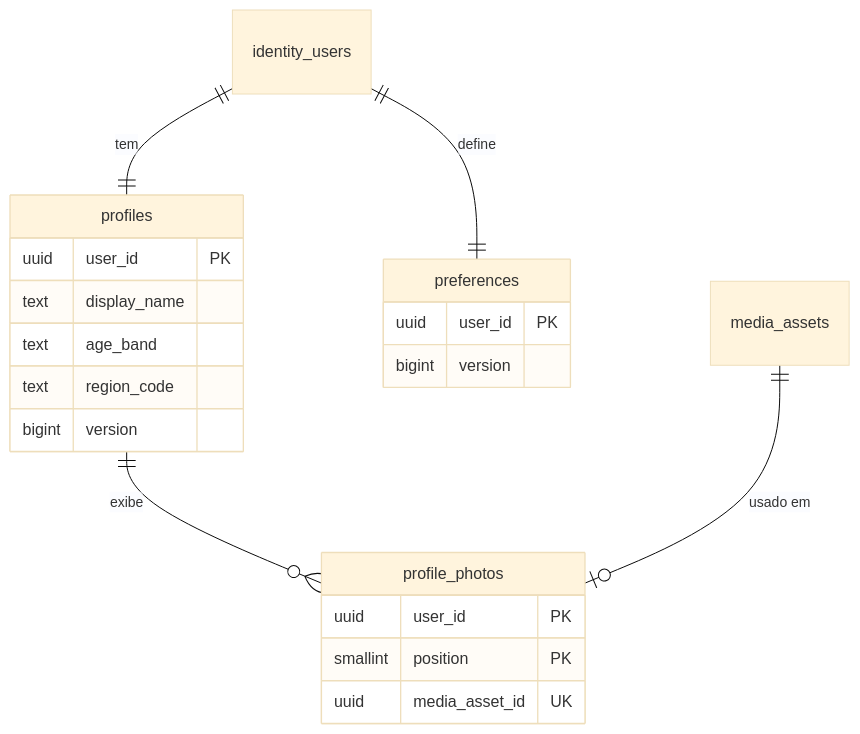
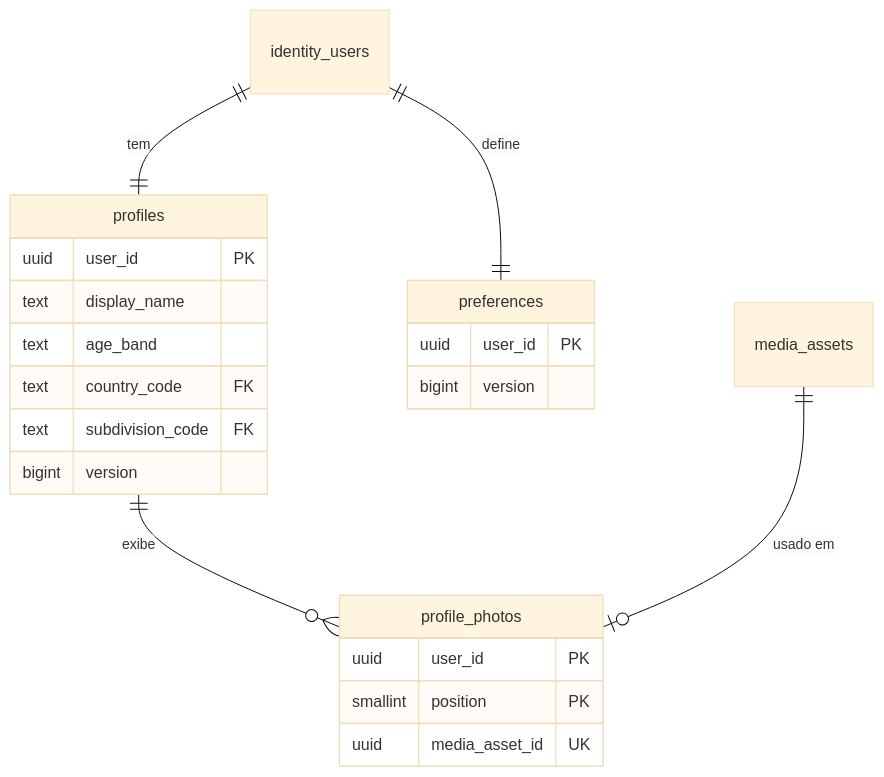
The third of 10 diagrams in docs/data/model.md (BipoXDXD/duora), drawn with Mermaid (base theme) before and after one commit. The commit also changed other lines of this file and 14 other files, not shown here.

First line of the commit message:
feat(profiles): retira a coluna legada region_code (contract #78)

````diff
--- a/docs/data/model.md
+++ b/docs/data/model.md
@@ -272,23 +272,24 @@
 ```mermaid
 erDiagram
     identity_users ||--|| profiles : "tem"
     identity_users ||--|| preferences : "define"
     profiles ||--o{ profile_photos : "exibe"
     media_assets ||--o| profile_photos : "usado em"
     profiles {
         uuid user_id PK
         text display_name
         text age_band
-        text region_code
+        text country_code FK
+        text subdivision_code FK
         bigint version
     }
     preferences {
         uuid user_id PK
         bigint version
     }
     profile_photos {
         uuid user_id PK
         smallint position PK
         uuid media_asset_id UK
     }
 ```
````
